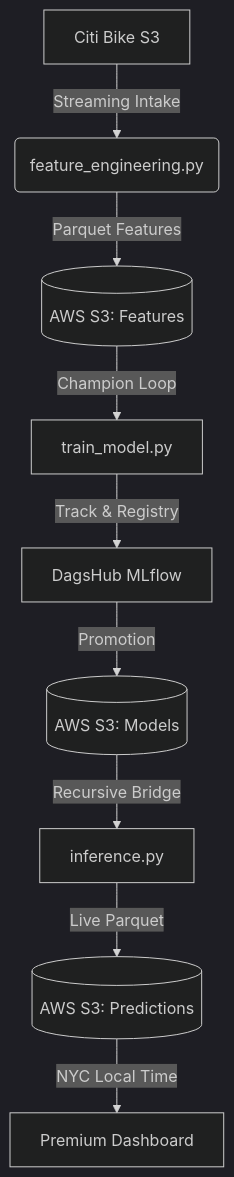
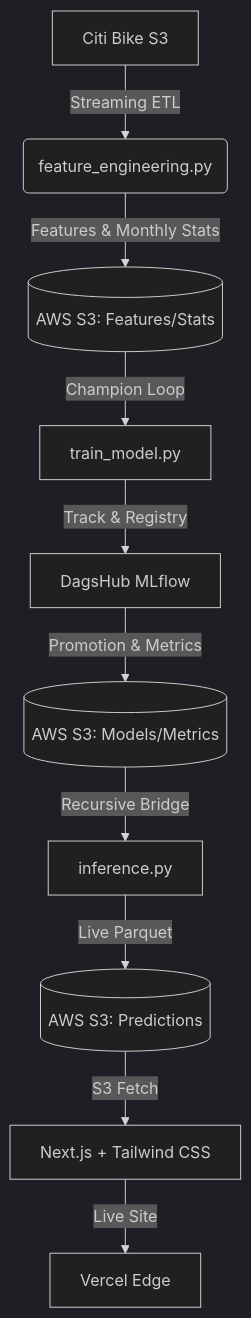
The diagram in README.md (rockyglen/bike_Taxi), drawn with Mermaid (dark theme) before and after one commit. The commit also changed other lines of this file, not shown here.

Commit message:
feat: Update README to reflect the new Next.js 14 frontend, detailed tech stack, and enhanced evaluation and monitoring, replacing Streamlit-specific content and Docker deployment instructions.

````diff
--- a/README.md
+++ b/README.md
@@ -24,11 +26,12 @@
 ```mermaid
 graph TD
-    A[Citi Bike S3] -->|Streaming Intake| B(feature_engineering.py)
-    B -->|Parquet Features| C[(AWS S3: Features)]
+    A[Citi Bike S3] -->|Streaming ETL| B(feature_engineering.py)
+    B -->|Features & Monthly Stats| C[(AWS S3: Features/Stats)]
     C -->|Champion Loop| D[train_model.py]
     D -->|Track & Registry| E[DagsHub MLflow]
-    E -->|Promotion| F[(AWS S3: Models)]
+    E -->|Promotion & Metrics| F[(AWS S3: Models/Metrics)]
     F -->|Recursive Bridge| G[inference.py]
     G -->|Live Parquet| H[(AWS S3: Predictions)]
-    H -->|NYC Local Time| I[Premium Dashboard]
+    H -->|S3 Fetch| I[Next.js + Tailwind CSS]
+    I -->|Live Site| J[Vercel Edge]
 ```
````
